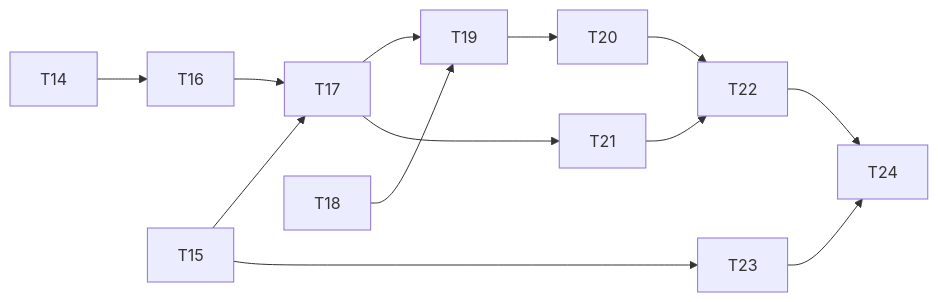
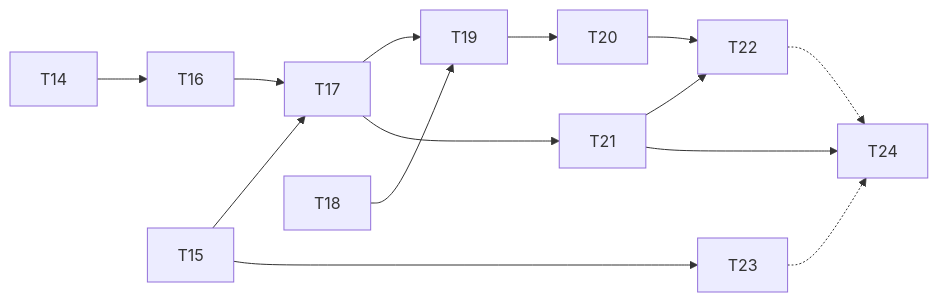
The diagram in specs/fase-2/tasks.md (Giancho2000/pago-lab), drawn with Mermaid before and after one commit. The commit also changed other lines of this file and 8 other files, not shown here.

````diff
--- a/specs/fase-2/tasks.md
+++ b/specs/fase-2/tasks.md
@@ -183,15 +186,16 @@
 ```mermaid
 flowchart LR
   T14 --> T16
   T15 --> T17
   T16 --> T17
   T17 --> T19
   T18 --> T19
   T19 --> T20
   T17 --> T21
   T20 --> T22
   T21 --> T22
   T15 --> T23
-  T22 --> T24
-  T23 --> T24
+  T21 --> T24
+  T22 -.-> T24
+  T23 -.-> T24
 ```
````
